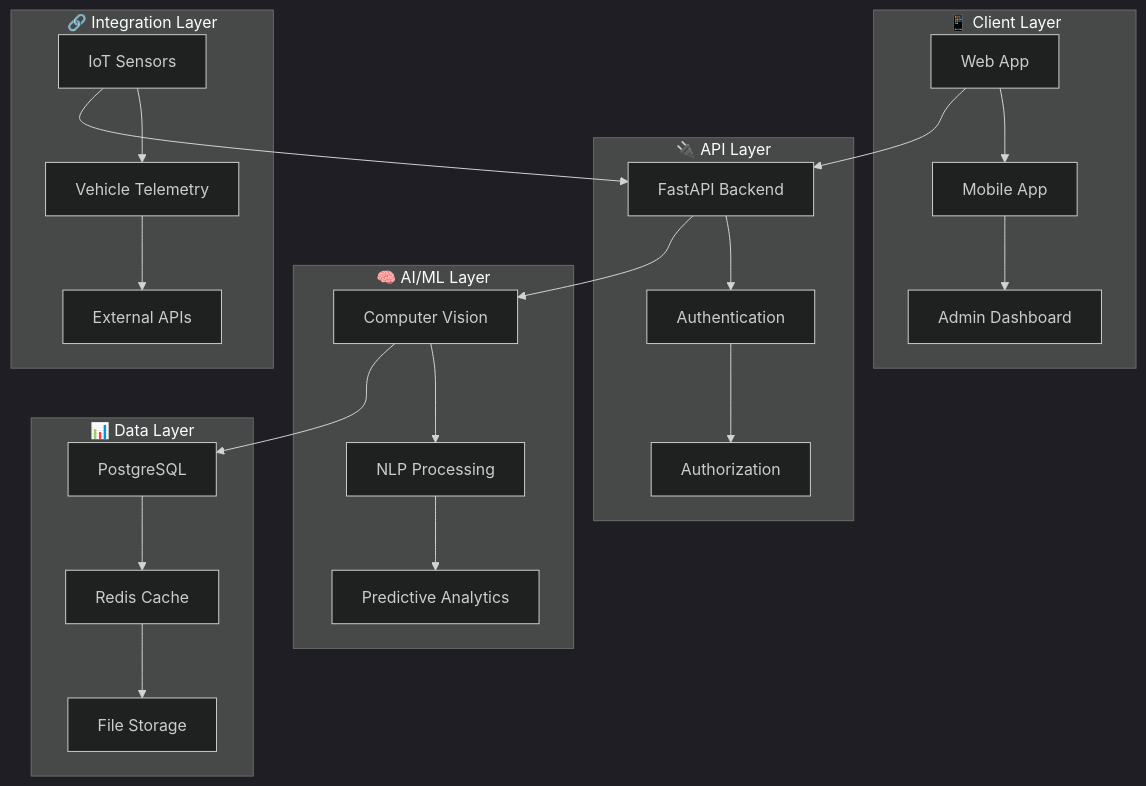
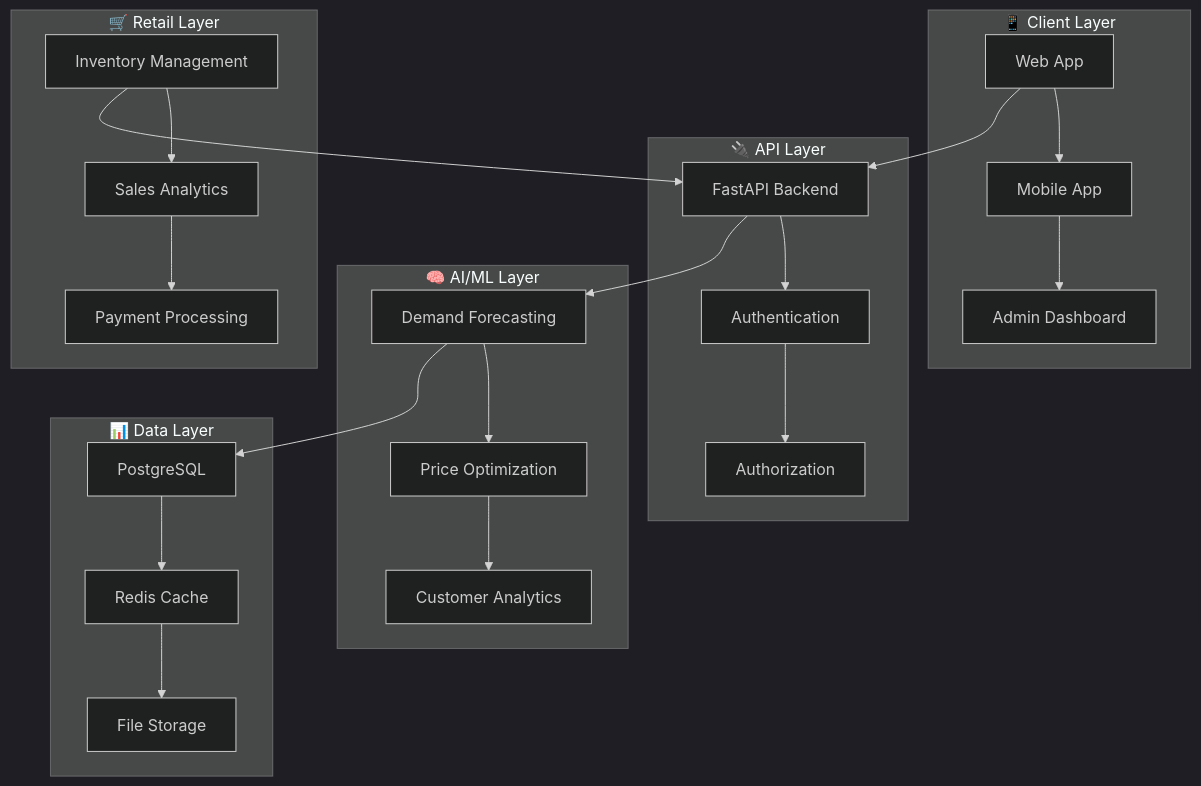
One commit to guardflow-core/guardflow changed the diagram in README.md. Above: the diagram before and after it, drawn with Mermaid (dark theme). The commit also changed other lines of this file, not shown here.

First line of the commit message:
🛒 Fix GuardFlow README - Correct focus to retail

````diff
--- a/README.md
+++ b/README.md
@@ -34,32 +34,32 @@
 ```mermaid
 graph TB
     subgraph "📱 Client Layer"
         A[Web App] --> B[Mobile App]
         B --> C[Admin Dashboard]
     end
     
     subgraph "🔌 API Layer"
         D[FastAPI Backend] --> E[Authentication]
         E --> F[Authorization]
     end
     
     subgraph "🧠 AI/ML Layer"
-        G[Computer Vision] --> H[NLP Processing]
-        H --> I[Predictive Analytics]
+        G[Demand Forecasting] --> H[Price Optimization]
+        H --> I[Customer Analytics]
     end
     
     subgraph "📊 Data Layer"
         J[PostgreSQL] --> K[Redis Cache]
         K --> L[File Storage]
     end
     
-    subgraph "🔗 Integration Layer"
-        M[IoT Sensors] --> N[Vehicle Telemetry]
-        N --> O[External APIs]
+    subgraph "🛒 Retail Layer"
+        M[Inventory Management] --> N[Sales Analytics]
+        N --> O[Payment Processing]
     end
     
     A --> D
     D --> G
     G --> J
     M --> D
 ```
````
